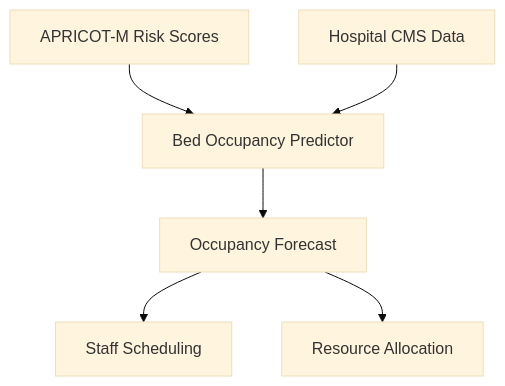
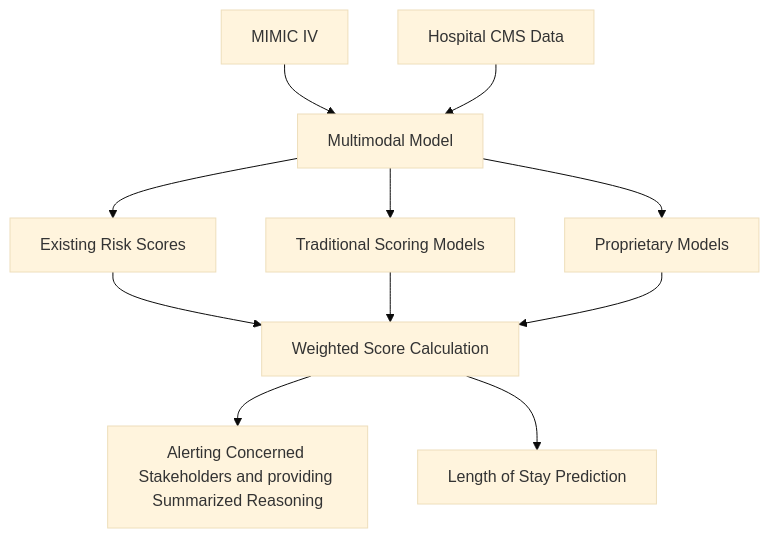
The diagram in readme.MD (Vanamali-Sims/ICU-SmartCare-Predictive-Risk-Resource-Optimization), drawn with Mermaid (base theme) before and after one commit.

Commit message:
fix: correct workflow graph

````diff
--- a/readme.MD
+++ b/readme.MD
@@ -34,8 +34,13 @@
 ```mermaid
 graph TD
-    A[APRICOT-M Risk Scores] --> B[Bed Occupancy Predictor]
+    A[MIMIC IV] --> B[Multimodal Model]
     C[Hospital CMS Data] --> B
-    B --> D[Occupancy Forecast]
-    D --> E[Staff Scheduling]
-    D --> F[Resource Allocation]
+    B --> D[Existing Risk Scores]
+    B --> E[Traditional Scoring Models]
+    B --> F[Proprietary Models]
+    D --> G[Weighted Score Calculation]
+    E --> G
+    F --> G
+    G --> H[Alerting Concerned Stakeholders and providing Summarized Reasoning]
+    G --> I[Length of Stay Prediction]
 ```
````
